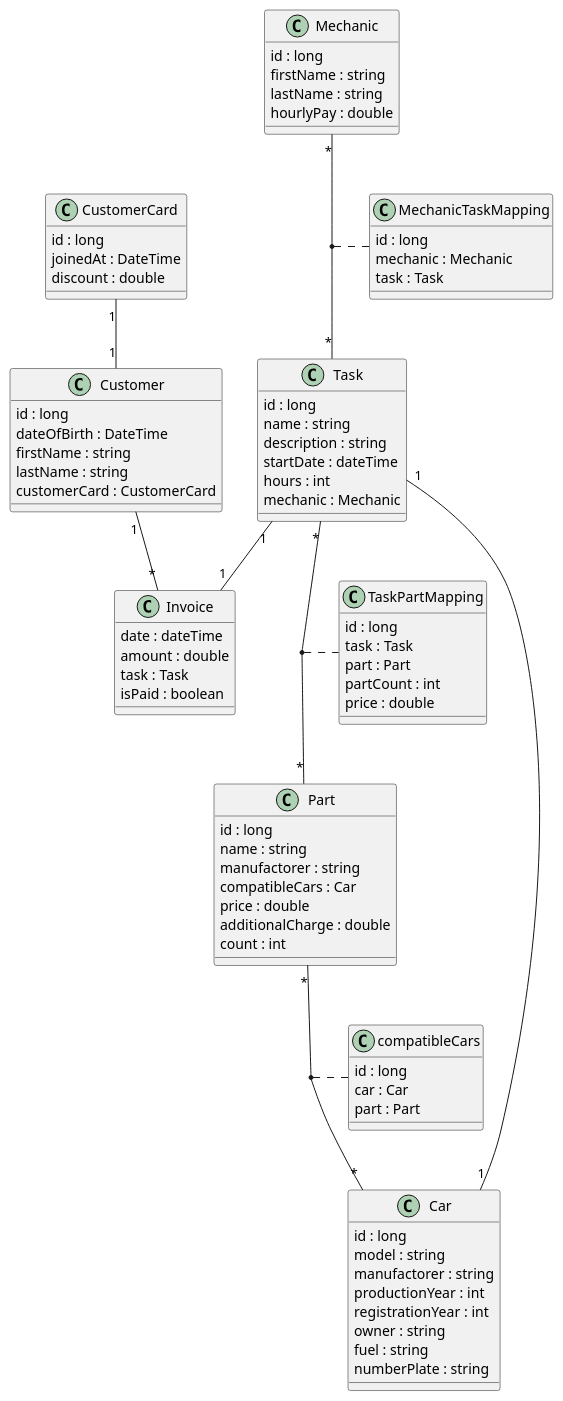
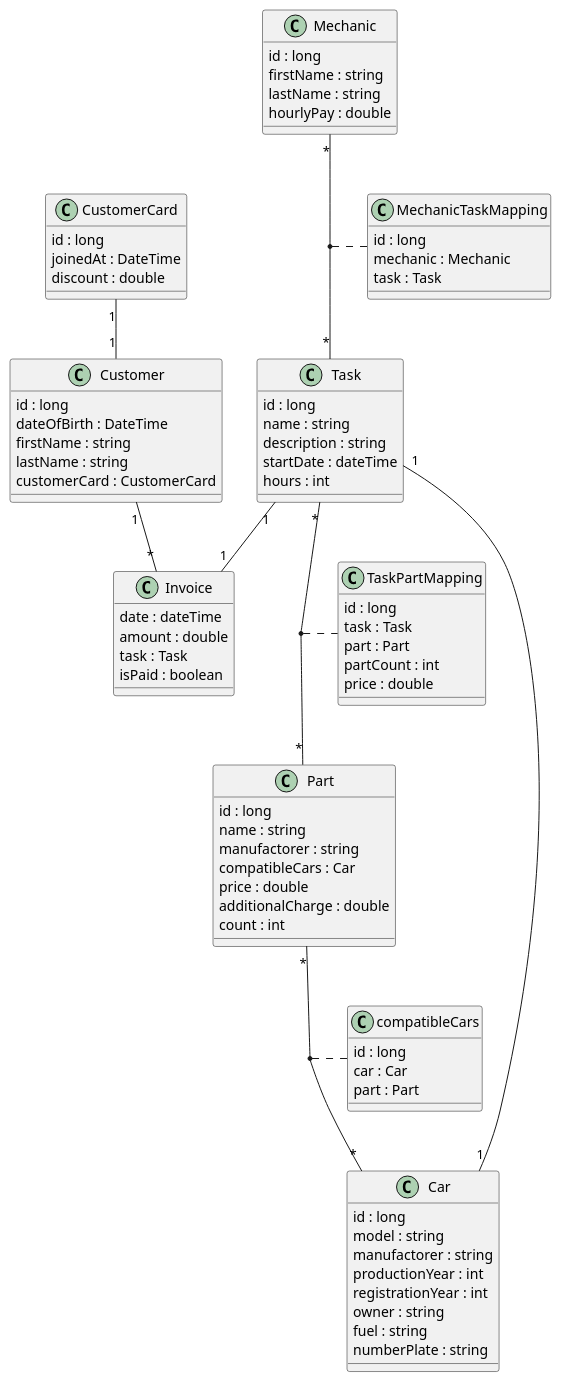
The diagram in documents/cld.adoc (oliver-420/Workshop-System), drawn with PlantUML before and after one commit.

Commit message:
updated cld

```diff
--- a/documents/cld.adoc
+++ b/documents/cld.adoc
@@ -10,7 +10,6 @@
     description : string
     startDate : dateTime
     hours : int
-    mechanic : Mechanic
 }
 
 class Mechanic {
```
